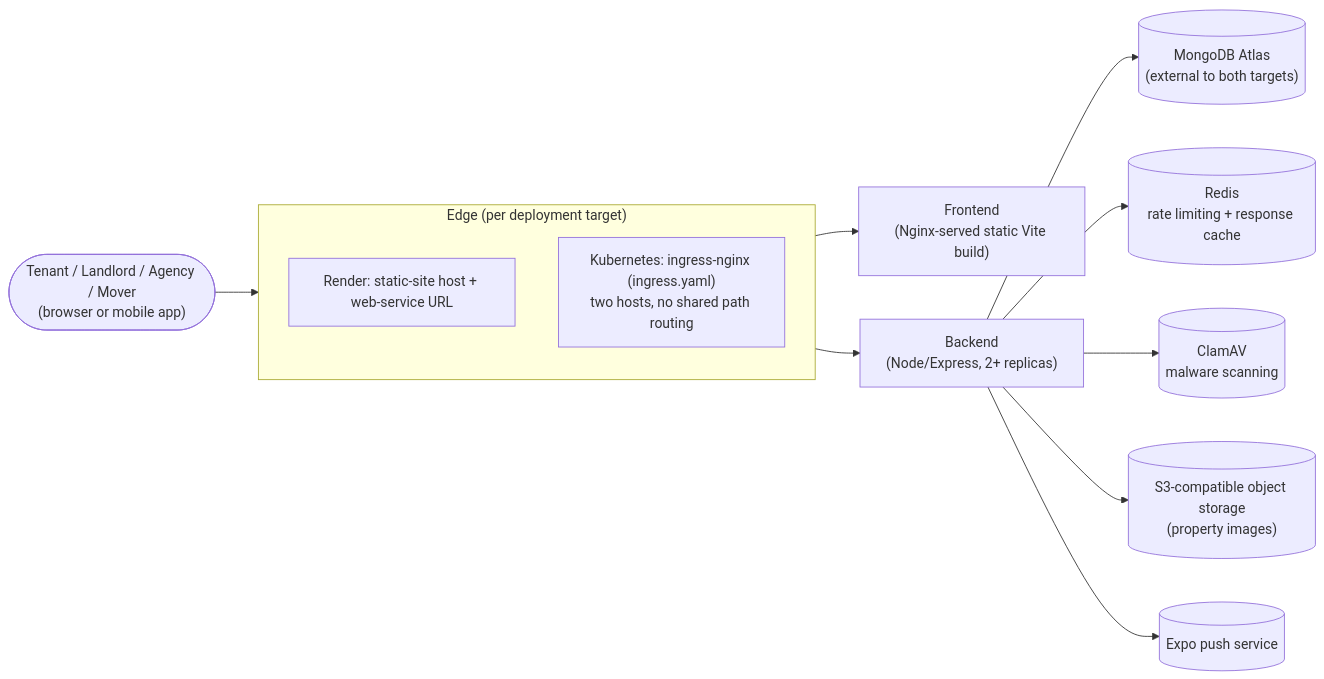
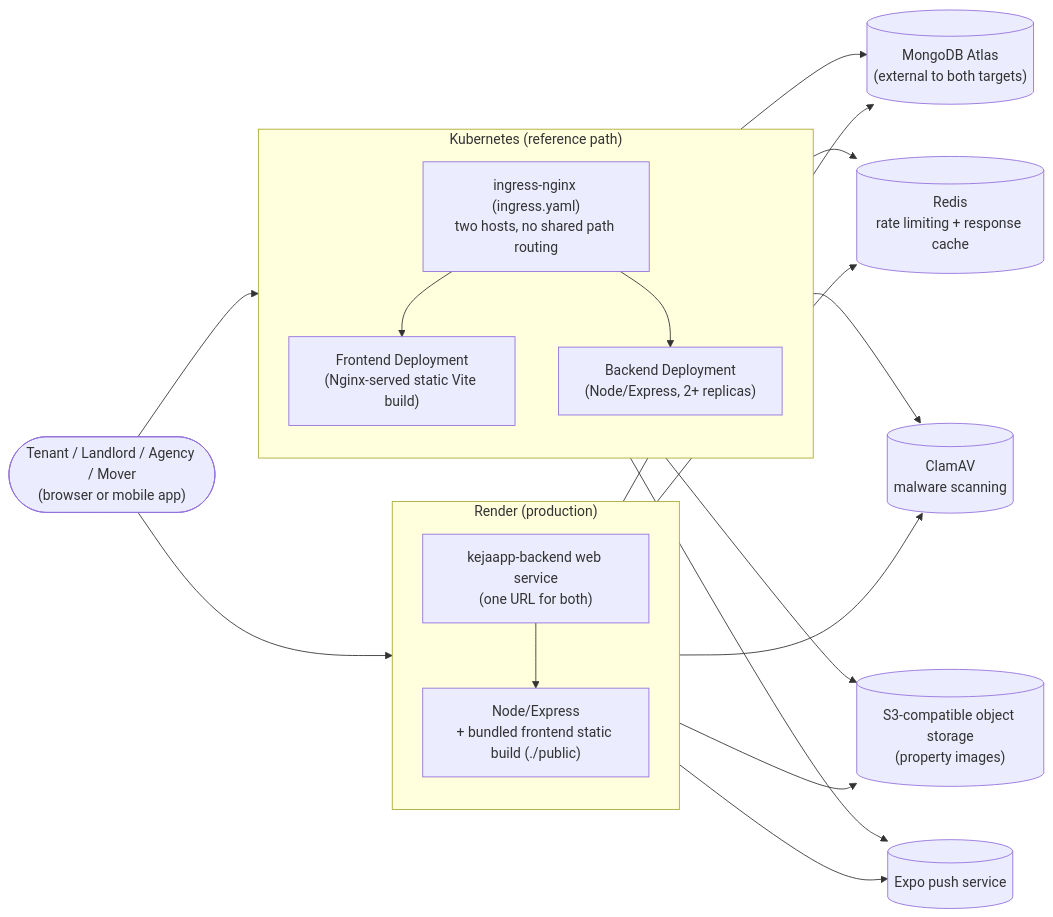
The diagram in docs/devops.md (Abdurleone/kejaapp), drawn with Mermaid before and after one commit. The commit also changed other lines of this file and 5 other files, not shown here.

````diff
--- a/docs/devops.md
+++ b/docs/devops.md
@@ -146,27 +146,39 @@
 ```mermaid
 flowchart LR
     User(["Tenant / Landlord / Agency / Mover<br/>(browser or mobile app)"])
 
-    subgraph Edge["Edge (per deployment target)"]
+    subgraph RenderTarget["Render (production)"]
         direction TB
-        RenderEdge["Render: static-site host + web-service URL"]
-        K8sEdge["Kubernetes: ingress-nginx (ingress.yaml)<br/>two hosts, no shared path routing"]
+        RenderEdge["kejaapp-backend web service<br/>(one URL for both)"]
+        RenderApp["Node/Express<br/>+ bundled frontend static build (./public)"]
+        RenderEdge --> RenderApp
     end
 
-    Frontend["Frontend<br/>(Nginx-served static Vite build)"]
-    Backend["Backend<br/>(Node/Express, 2+ replicas)"]
+    subgraph K8sTarget["Kubernetes (reference path)"]
+        direction TB
+        K8sEdge["ingress-nginx (ingress.yaml)<br/>two hosts, no shared path routing"]
+        K8sFrontend["Frontend Deployment<br/>(Nginx-served static Vite build)"]
+        K8sBackend["Backend Deployment<br/>(Node/Express, 2+ replicas)"]
+        K8sEdge --> K8sFrontend
+        K8sEdge --> K8sBackend
+    end
+
     Mongo[("MongoDB Atlas<br/>(external to both targets)")]
     Redis[("Redis<br/>rate limiting + response cache")]
     ClamAV[("ClamAV<br/>malware scanning")]
     Storage[("S3-compatible object storage<br/>(property images)")]
     Expo[("Expo push service")]
 
-    User --> Edge
-    Edge --> Frontend
-    Edge --> Backend
-    Backend --> Mongo
-    Backend --> Redis
-    Backend --> ClamAV
-    Backend --> Storage
-    Backend --> Expo
+    User --> RenderTarget
+    User --> K8sTarget
+    RenderApp --> Mongo
+    RenderApp --> Redis
+    RenderApp --> ClamAV
+    RenderApp --> Storage
+    RenderApp --> Expo
+    K8sBackend --> Mongo
+    K8sBackend --> Redis
+    K8sBackend --> ClamAV
+    K8sBackend --> Storage
+    K8sBackend --> Expo
 ```
````
